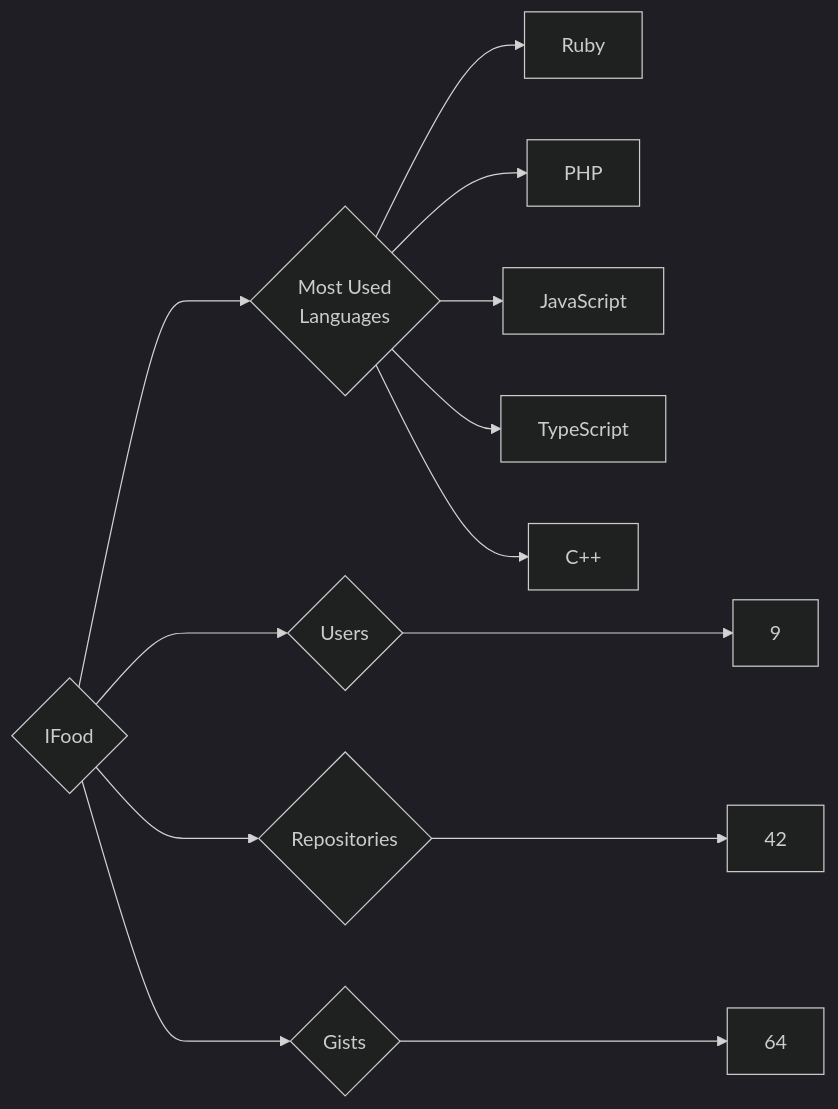
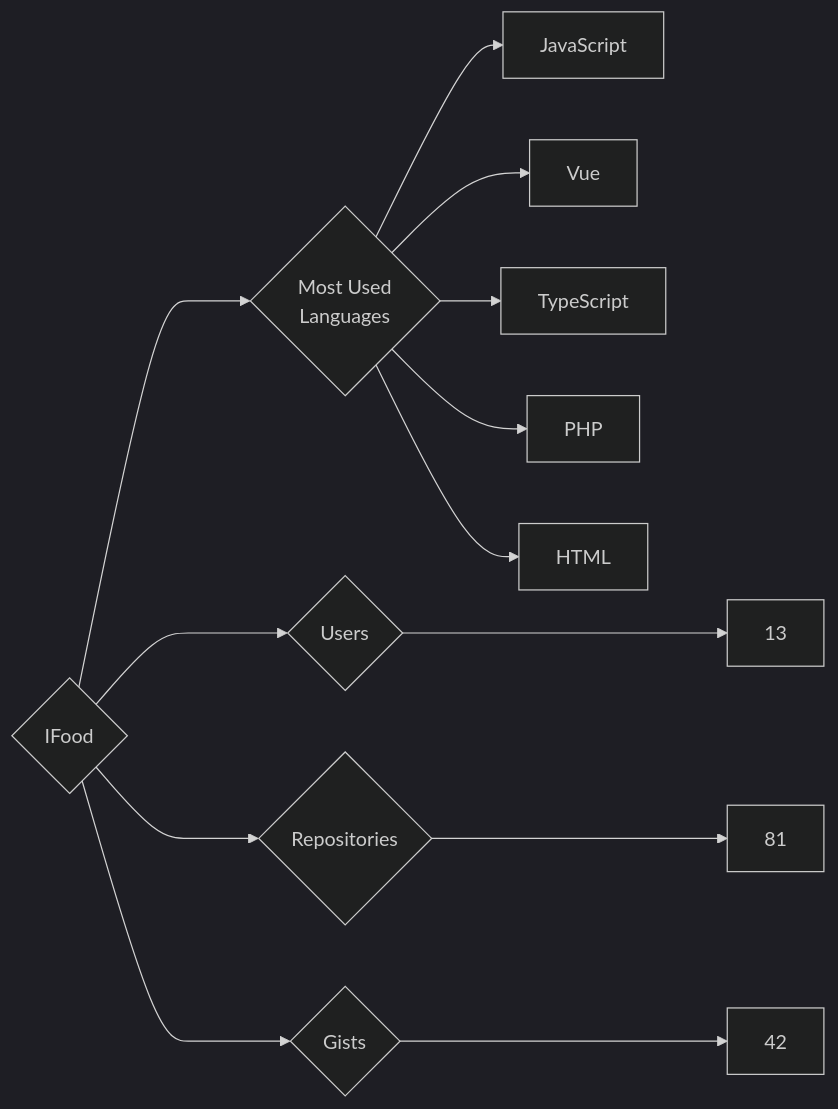
The diagram in targets/IFood/README.md (trickest/insiders), drawn with Mermaid (dark theme) before and after one commit. The commit also changed 1149 other files, not shown here.

````diff
--- a/targets/IFood/README.md
+++ b/targets/IFood/README.md
@@ -3,13 +3,13 @@
 ```mermaid
 graph LR
 COMPANY_NAME{IFood}
-COMPANY_NAME ---> U{Users} ---> UN[9]
-COMPANY_NAME ---> R{Repositories} ---> RN[42]
-COMPANY_NAME ---> G{Gists} ---> GN[64]
+COMPANY_NAME ---> U{Users} ---> UN[13]
+COMPANY_NAME ---> R{Repositories} ---> RN[81]
+COMPANY_NAME ---> G{Gists} ---> GN[42]
 COMPANY_NAME ---> ML{Most Used<br>Languages}
-ML --> Ruby[Ruby]
+ML --> JavaScript[JavaScript]
+ML --> Vue[Vue]
+ML --> TypeScript[TypeScript]
 ML --> PHP[PHP]
-ML --> JavaScript[JavaScript]
-ML --> TypeScript[TypeScript]
-ML --> C++[C++]
+ML --> HTML[HTML]
 ```
````
